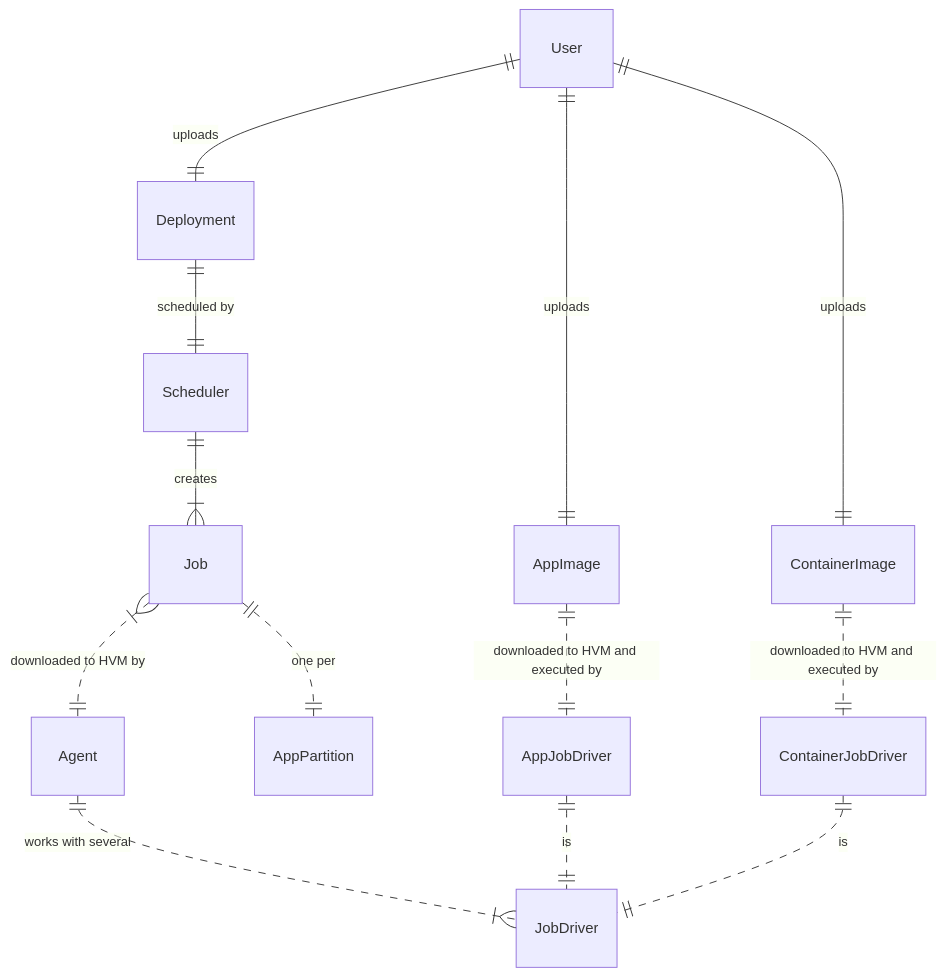
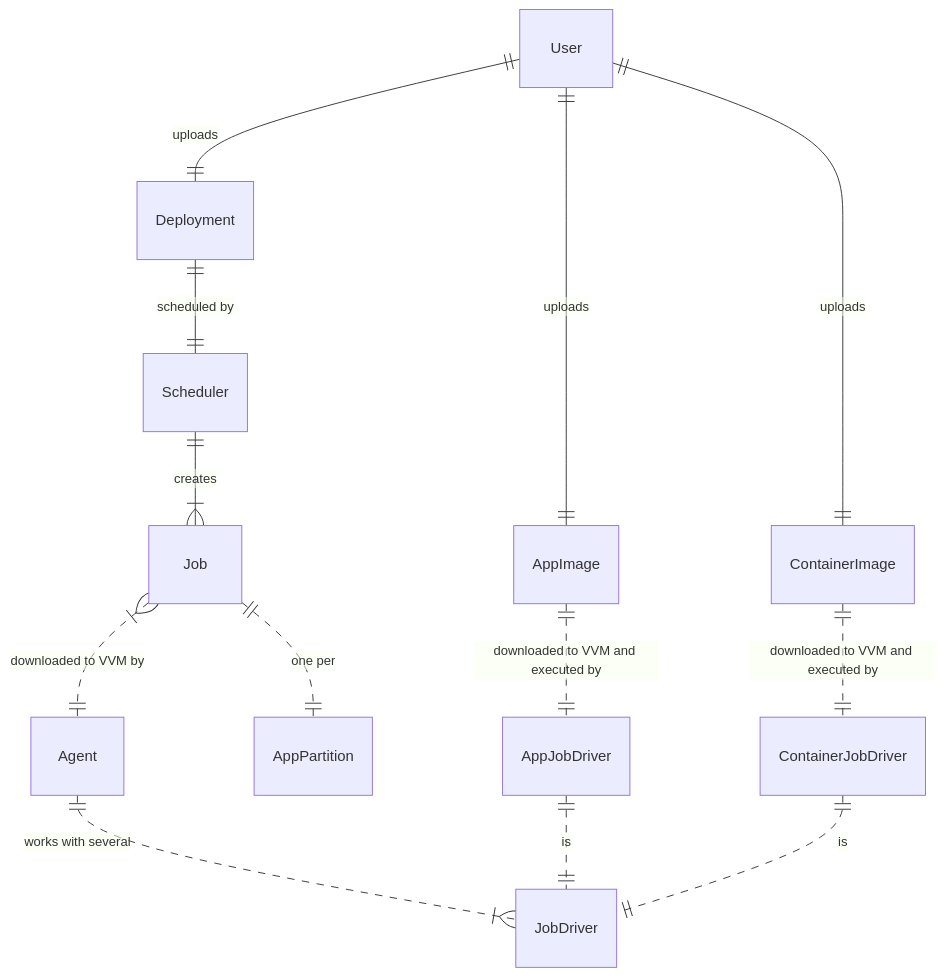
One commit to voedger/voedger changed the diagram in design/orchestration/app-deployment-2.md. Above: the diagram before and after it, drawn with Mermaid. The commit also changed other lines of this file and 11 other files, not shown here.

````diff
--- a/design/orchestration/app-deployment-2.md
+++ b/design/orchestration/app-deployment-2.md
@@ -10,15 +10,15 @@
 ```mermaid
 erDiagram
   User ||--|| Deployment: "uploads"
   User ||--|| AppImage: "uploads"
   User ||--|| ContainerImage: "uploads"
   Deployment ||--|| Scheduler : "scheduled by"
   Scheduler ||--|{ Job: creates
-  Job |{..|| Agent: "downloaded to HVM by"
+  Job |{..|| Agent: "downloaded to VVM by"
   Job ||..|| AppPartition: "one per"
-  AppImage ||..|| AppJobDriver: "downloaded to HVM and executed by"
-  ContainerImage ||..|| ContainerJobDriver: "downloaded to HVM and executed by"
+  AppImage ||..|| AppJobDriver: "downloaded to VVM and executed by"
+  ContainerImage ||..|| ContainerJobDriver: "downloaded to VVM and executed by"
   Agent ||..|{ JobDriver: "works with several"
   AppJobDriver ||..|| JobDriver: "is"
   ContainerJobDriver ||..|| JobDriver: "is"
 ```
````
